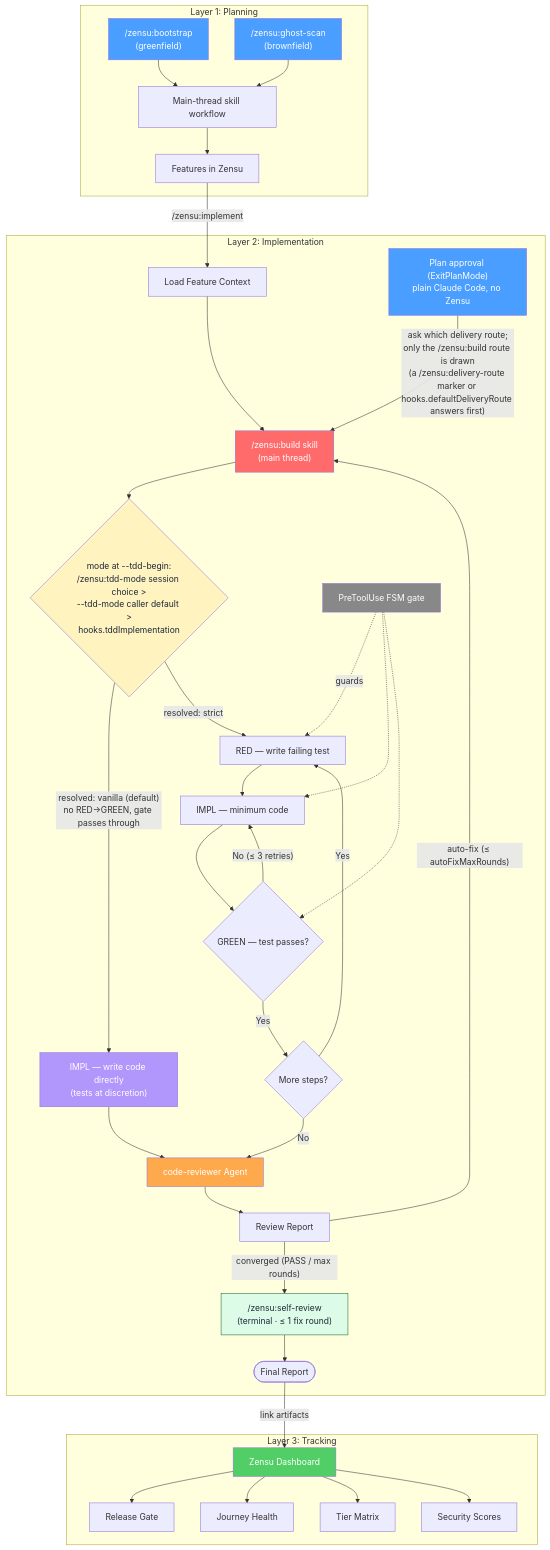
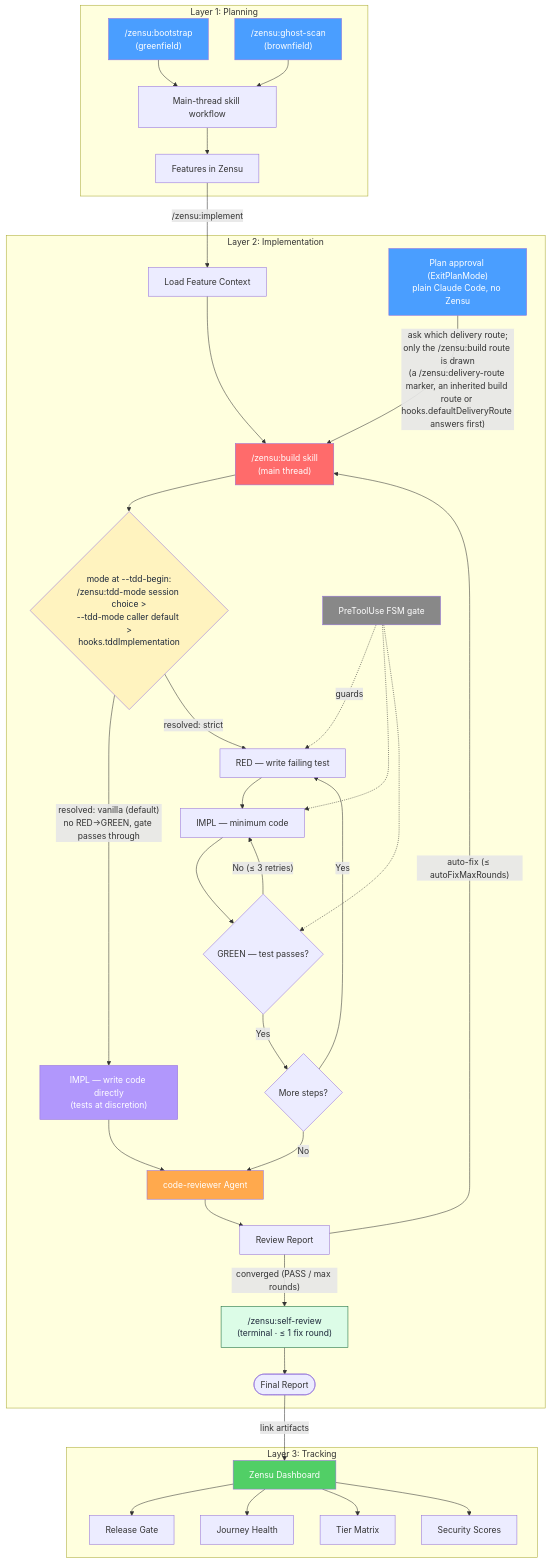
Before and after one commit to MKITConsulting/zensu-claude-code: the diagram in docs/architecture.md, drawn with Mermaid. The commit also changed 34 other files, not shown here.

First line of the commit message:
feat(hooks): let a linked session inherit its parent's tdd route (#497)

````diff
--- a/docs/architecture.md
+++ b/docs/architecture.md
@@ -32,50 +32,50 @@
 ```mermaid
 flowchart TD
     subgraph Planning["Layer 1: Planning"]
         A1["/zensu:bootstrap<br/>(greenfield)"] --> B["Main-thread skill workflow"]
         A2["/zensu:ghost-scan<br/>(brownfield)"] --> B
         B --> C["Features in Zensu"]
     end
 
     subgraph Implementation["Layer 2: Implementation"]
         C -->|"/zensu:implement"| D["Load Feature Context"]
-        PLAIN["Plan approval (ExitPlanMode)<br/>plain Claude Code, no Zensu"] -->|"ask which delivery route;<br/>only the /zensu:build route is drawn<br/>(a /zensu:delivery-route marker or hooks.defaultDeliveryRoute answers first)"| E
+        PLAIN["Plan approval (ExitPlanMode)<br/>plain Claude Code, no Zensu"] -->|"ask which delivery route;<br/>only the /zensu:build route is drawn<br/>(a /zensu:delivery-route marker, an inherited build route or hooks.defaultDeliveryRoute answers first)"| E
         D --> E["/zensu:build skill<br/>(main thread)"]
         E --> MODE{"mode at --tdd-begin:<br/>/zensu:tdd-mode session choice ><br/>--tdd-mode caller default ><br/>hooks.tddImplementation"}
         MODE -->|"resolved: vanilla (default)<br/>no RED→GREEN, gate passes through"| VAN["IMPL — write code directly<br/>(tests at discretion)"]
         MODE -->|"resolved: strict"| RED["RED — write failing test"]
         VAN --> K
         RED --> IMPL["IMPL — minimum code"]
         IMPL --> GREEN{"GREEN — test passes?"}
         GREEN -->|"No (≤ 3 retries)"| IMPL
         GREEN -->|"Yes"| NEXT{"More steps?"}
         NEXT -->|"Yes"| RED
         NEXT -->|"No"| K["code-reviewer Agent"]
         K --> L["Review Report"]
         L -->|"auto-fix (≤ autoFixMaxRounds)"| E
         L -->|"converged (PASS / max rounds)"| SR["/zensu:self-review<br/>(terminal · ≤ 1 fix round)"]
         SR --> FR(["Final Report"])
         GATE["PreToolUse FSM gate"] -.guards.-> RED
         GATE -.-> IMPL
         GATE -.-> GREEN
     end
 
     subgraph Tracking["Layer 3: Tracking"]
         FR -->|"link artifacts"| M["Zensu Dashboard"]
         M --> Q["Release Gate"]
         M --> P["Journey Health"]
         M --> O["Tier Matrix"]
         M --> N["Security Scores"]
     end
 
     style A1 fill:#4a9eff,color:#fff
     style A2 fill:#4a9eff,color:#fff
     style PLAIN fill:#4a9eff,color:#fff
     style E fill:#ff6b6b,color:#fff
     style MODE fill:#fff3bf,color:#1e293b
     style VAN fill:#b197fc,color:#fff
     style GATE fill:#888,color:#fff
     style K fill:#ffa94d,color:#fff
     style SR fill:#dcfce7,stroke:#166534,color:#1e293b
     style M fill:#51cf66,color:#fff
 ```
````
